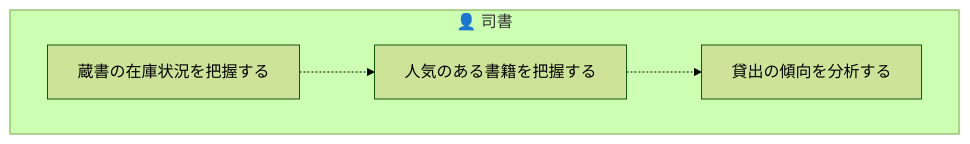
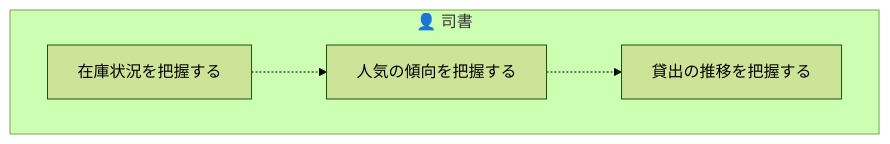
Before and after one commit to suwa-sh/suwa-sh-claude-plugins: diagram 11 of 11 in samples/distillery2/library-loan/docs/requirements/rdra/views/03_業務フロー.md, drawn with Mermaid (forest theme). The commit also changed other lines of this file and 249 other files, not shown here.

````diff
--- a/samples/distillery2/library-loan/docs/requirements/rdra/views/03_業務フロー.md
+++ b/samples/distillery2/library-loan/docs/requirements/rdra/views/03_業務フロー.md
@@ -235,10 +193,10 @@
 ```mermaid
 graph TD
   subgraph LN1["👤 司書"]
-    AT1["蔵書の在庫状況を把握する"]
-    AT2["人気のある書籍を把握する"]
-    AT3["貸出の傾向を分析する"]
+    AT1["在庫状況を把握する"]
+    AT2["人気の傾向を把握する"]
+    AT3["貸出の推移を把握する"]
   end
   AT1 -.-> AT2
   AT2 -.-> AT3
 ```
````
